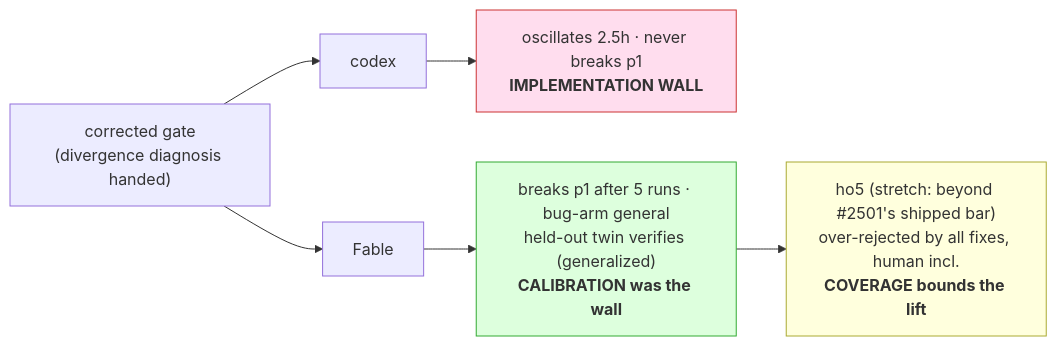
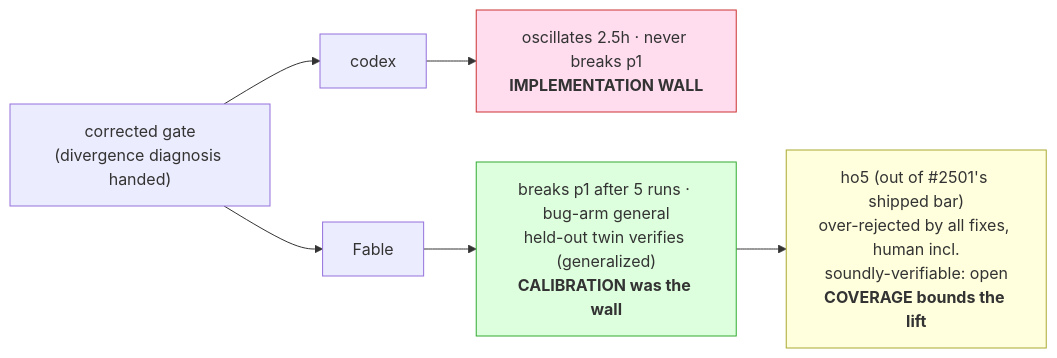
Before and after one commit to kimjune01/hygraph-mechanism: the first of 2 diagrams in RESULTS.md, drawn with Mermaid. The commit also changed other lines of this file and 3 other files, not shown here.

First line of the commit message:
ho5: relabel out-of-bar + soundly-verifiable open; document cross-toolchain grade

````diff
--- a/RESULTS.md
+++ b/RESULTS.md
@@ -29,11 +29,11 @@
 ```mermaid
 flowchart LR
   G["corrected gate<br/>(divergence diagnosis handed)"] --> C["codex"]
   G --> F["Fable"]
   C --> CW["oscillates 2.5h · never breaks p1<br/><b>IMPLEMENTATION WALL</b>"]
   F --> FW["breaks p1 after 5 runs · bug-arm general<br/>held-out twin verifies (generalized)<br/><b>CALIBRATION was the wall</b>"]
-  FW --> CB["ho5 (stretch: beyond #2501's shipped bar)<br/>over-rejected by all fixes, human incl.<br/><b>COVERAGE bounds the lift</b>"]
+  FW --> CB["ho5 (out of #2501's shipped bar)<br/>over-rejected by all fixes, human incl.<br/>soundly-verifiable: open<br/><b>COVERAGE bounds the lift</b>"]
   style CW fill:#fde,stroke:#c33
   style FW fill:#dfd,stroke:#3a3
   style CB fill:#ffd,stroke:#aa3
 ```
````
